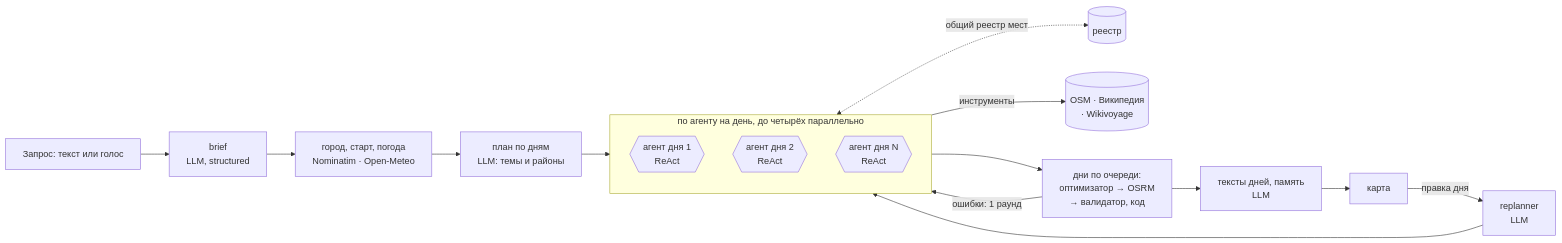
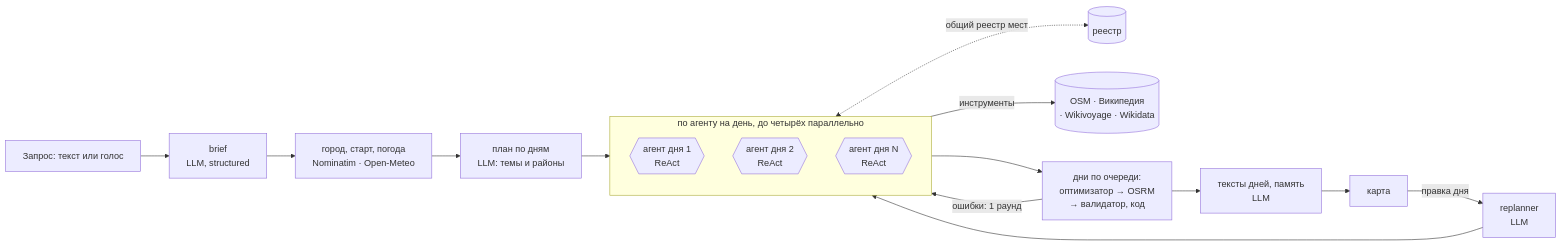
The diagram in README.md (dgornin/progulka), drawn with Mermaid before and after one commit. The commit also changed other lines of this file and 4 other files, not shown here.

````diff
--- a/README.md
+++ b/README.md
@@ -107,18 +107,18 @@
 ```mermaid
 flowchart LR
     Q[Запрос: текст или голос] --> B[brief<br/>LLM, structured]
     B --> G[город, старт, погода<br/>Nominatim · Open-Meteo]
     G --> D[план по дням<br/>LLM: темы и районы]
     subgraph A [по агенту на день, до четырёх параллельно]
         R1{{агент дня 1<br/>ReAct}}
         R2{{агент дня 2<br/>ReAct}}
         RN{{агент дня N<br/>ReAct}}
     end
     D --> A
     A <-. общий реестр мест .-> REG[(реестр)]
-    A -- инструменты --> S[(OSM · Википедия<br/>· Wikivoyage)]
+    A -- инструменты --> S[(OSM · Википедия<br/>· Wikivoyage · Wikidata)]
     A --> O[дни по очереди:<br/>оптимизатор → OSRM<br/>→ валидатор, код]
     O -- ошибки: 1 раунд --> A
     O --> T[тексты дней, память<br/>LLM]
     T --> U[карта] -- правка дня --> F[replanner<br/>LLM] --> A
 ```
````
